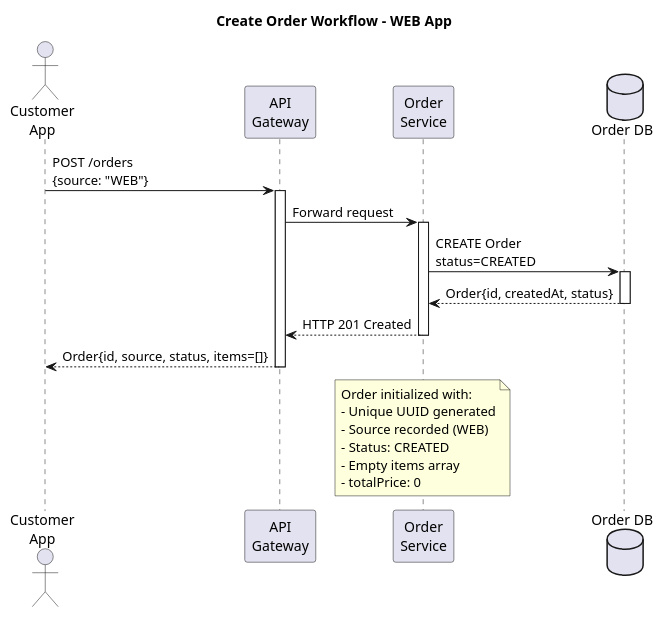
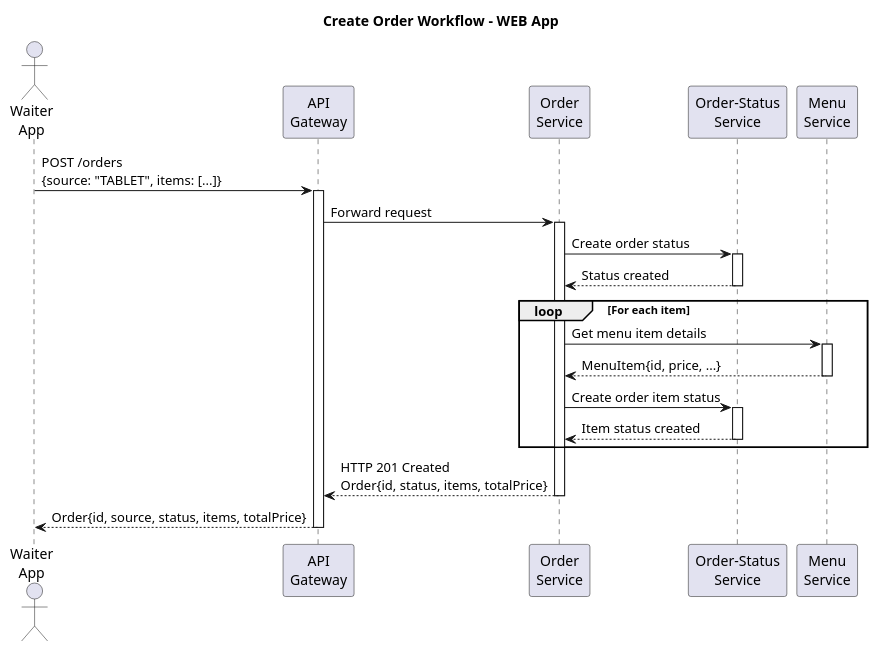
The diagram in 01-create-order.puml (StanislavLevendeev/orderup-docs), drawn with PlantUML before and after one commit. The commit also changed 2 other files, not shown here.

Commit message:
Refactor order creation and payment process diagrams: update actor names, enhance order status handling, and improve payment validation and event publishing flow

```diff
--- a/01-create-order.puml
+++ b/01-create-order.puml
@@ -1,32 +1,45 @@
 @startuml CreateOrderWorkflow
 title Create Order Workflow - WEB App
 
-actor "Customer\nApp" as Customer
+actor "Waiter\nApp" as Customer
 participant "API\nGateway" as Gateway
 participant "Order\nService" as OrderService
-database "Order DB" as Database
+participant "Order-Status\nService" as StatusService
+participant "Menu\nService" as MenuService
 
-Customer -> Gateway: POST /orders\n{source: "WEB"}
+Customer -> Gateway: POST /orders\n{source: "TABLET", items: [...]}
 activate Gateway
 Gateway -> OrderService: Forward request
 activate OrderService
 
-OrderService -> Database: CREATE Order\nstatus=CREATED
-activate Database
-Database --> OrderService: Order{id, createdAt, status}
-deactivate Database
+OrderService -> StatusService: Create order status
+activate StatusService
+StatusService --> OrderService: Status created
+deactivate StatusService
 
-OrderService --> Gateway: HTTP 201 Created
+loop For each item
+  OrderService -> MenuService: Get menu item details
+  activate MenuService
+  MenuService --> OrderService: MenuItem{id, price, ...}
+  deactivate MenuService
+  
+  OrderService -> StatusService: Create order item status
+  activate StatusService
+  StatusService --> OrderService: Item status created
+  deactivate StatusService
+end
+
+OrderService --> Gateway: HTTP 201 Created\nOrder{id, status, items, totalPrice}
 deactivate OrderService
-Gateway --> Customer: Order{id, source, status, items=[]}
+Gateway --> Customer: Order{id, source, status, items, totalPrice}
 deactivate Gateway
 
-note over OrderService
-  Order initialized with:
-  - Unique UUID generated
-  - Source recorded (WEB)
-  - Status: CREATED
-  - Empty items array
-  - totalPrice: 0
-end note
+' note over OrderService
+'   Order stored in-memory with:
+'   - Unique UUID generated
+'   - Source recorded (WEB)
+'   - Status: CREATED
+'   - Items populated with prices
+'   - totalPrice calculated
+' end note
 @enduml
```
